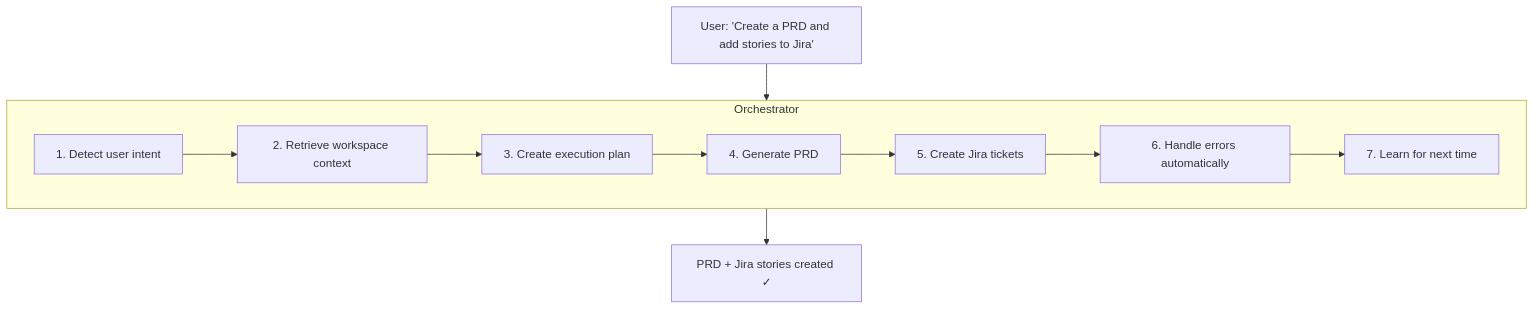
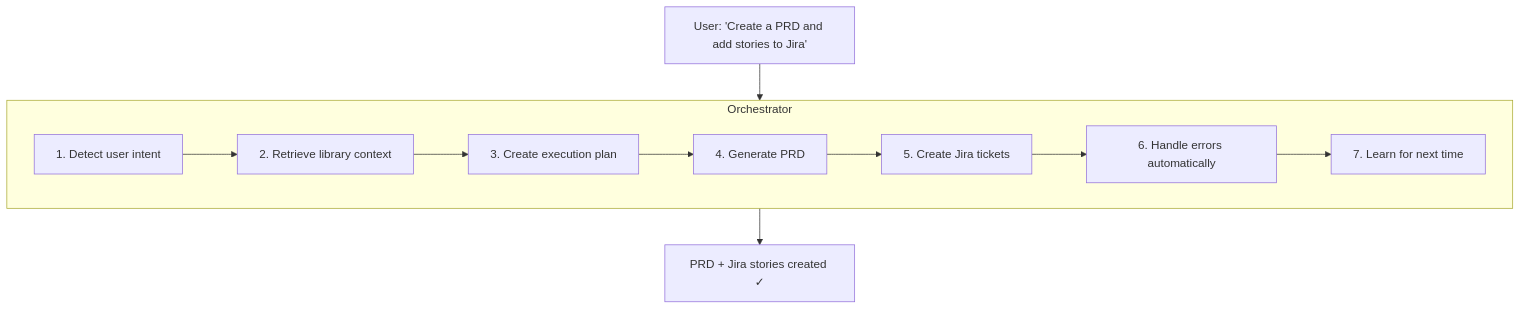
Before and after one commit to Fabric-Pro/fabric-oss: the second of 12 diagrams in apps/web/content/docs/agents/orchestrator.mdx, drawn with Mermaid. The commit also changed other lines of this file and 1129 other files, not shown here.

````diff
--- a/apps/web/content/docs/agents/orchestrator.mdx
+++ b/apps/web/content/docs/agents/orchestrator.mdx
@@ -31,19 +31,19 @@
 ```mermaid
 flowchart TB
     U["User: 'Create a PRD and add stories to Jira'"]
 
     U --> O
 
     subgraph O["Orchestrator"]
         O1[1. Detect user intent]
-        O2[2. Retrieve workspace context]
+        O2[2. Retrieve library context]
         O3[3. Create execution plan]
         O4[4. Generate PRD]
         O5[5. Create Jira tickets]
         O6[6. Handle errors automatically]
         O7[7. Learn for next time]
         O1 --> O2 --> O3 --> O4 --> O5 --> O6 --> O7
     end
 
     O --> R[PRD + Jira stories created ✓]
 ```
````
